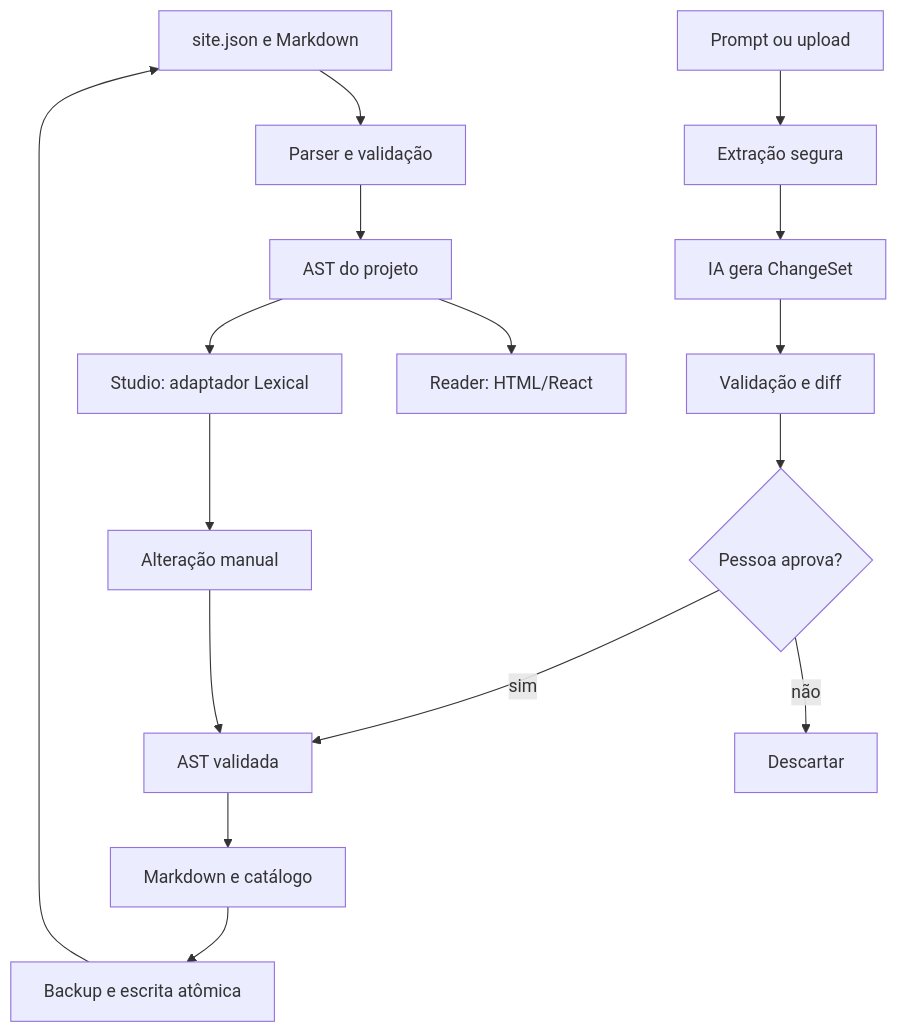
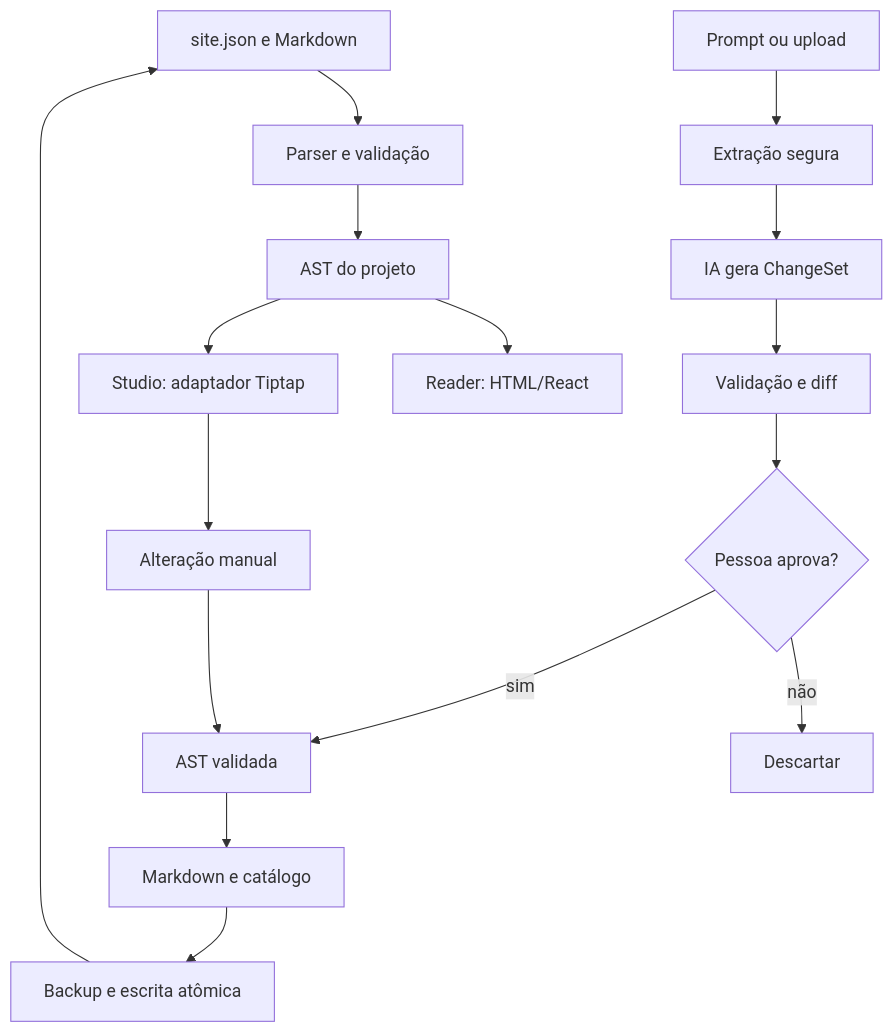
The diagram in docs/ARQUITETURA.md (Cristhianstevs/documentation-page), drawn with Mermaid before and after one commit. The commit also changed other lines of this file and 10 other files, not shown here.

First line of the commit message:
docs(editor, architecture): consolidar escolha do Tiptap e atualizar configurações da Etapa 2

````diff
--- a/docs/ARQUITETURA.md
+++ b/docs/ARQUITETURA.md
@@ -472,18 +472,18 @@
 ```mermaid
 flowchart TD
     A[site.json e Markdown] --> B[Parser e validação]
     B --> C[AST do projeto]
     C --> D[Reader: HTML/React]
-    C --> E[Studio: adaptador Lexical]
+    C --> E[Studio: adaptador Tiptap]
     E --> F[Alteração manual]
     F --> G[AST validada]
     H[Prompt ou upload] --> I[Extração segura]
     I --> J[IA gera ChangeSet]
     J --> K[Validação e diff]
     K --> L{Pessoa aprova?}
     L -- não --> M[Descartar]
     L -- sim --> G
     G --> N[Markdown e catálogo]
     N --> O[Backup e escrita atômica]
     O --> A
 ```
````
